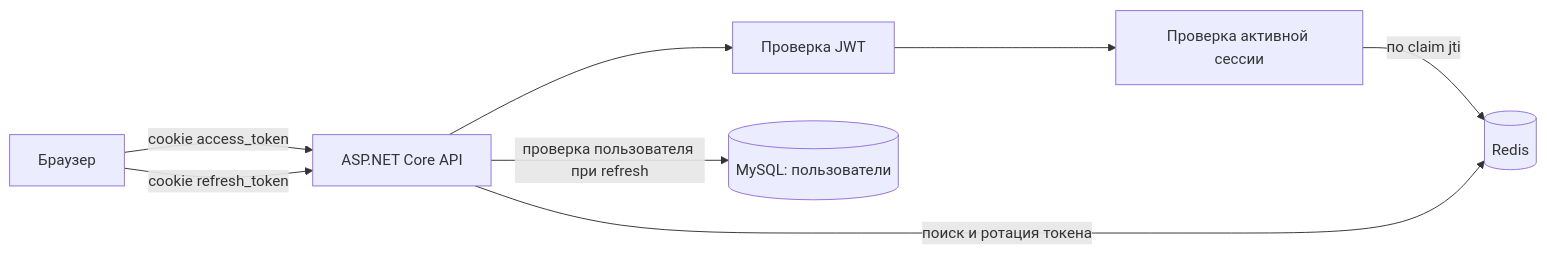
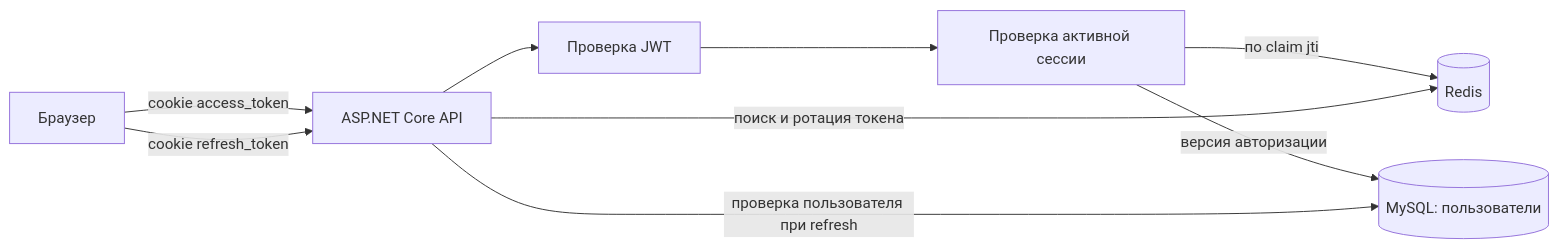
The first of 4 diagrams in docs/auth.md (ViaCode-Team/ViaTradeBackend), drawn with Mermaid before and after one commit. The commit also changed other lines of this file and 61 other files, not shown here.

````diff
--- a/docs/auth.md
+++ b/docs/auth.md
@@ -31,17 +31,18 @@
 ```mermaid
 flowchart LR
     Browser[Браузер]
     API[ASP.NET Core API]
     JWT[Проверка JWT]
     Policy[Проверка активной сессии]
     Redis[(Redis)]
     Users[(MySQL: пользователи)]
 
     Browser -->|cookie access_token| API
     API --> JWT
     JWT --> Policy
     Policy -->|по claim jti| Redis
+    Policy -->|версия авторизации| Users
     Browser -->|cookie refresh_token| API
     API -->|поиск и ротация токена| Redis
     API -->|проверка пользователя при refresh| Users
 ```
````
